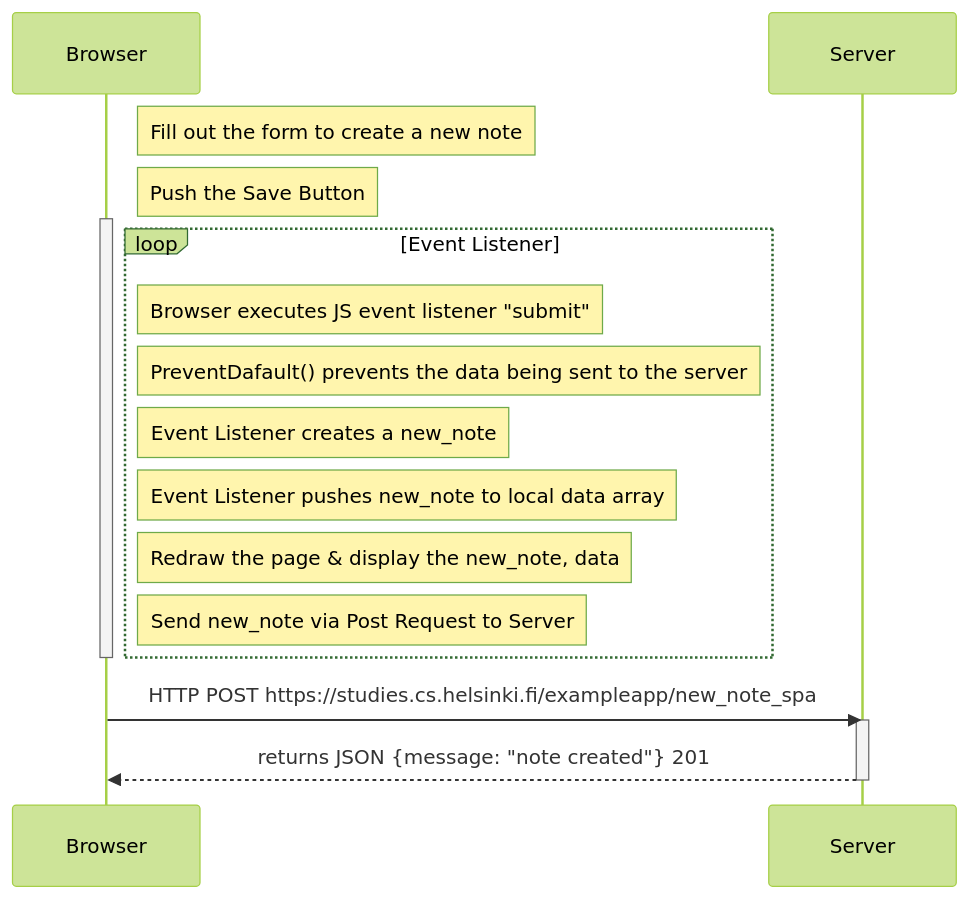
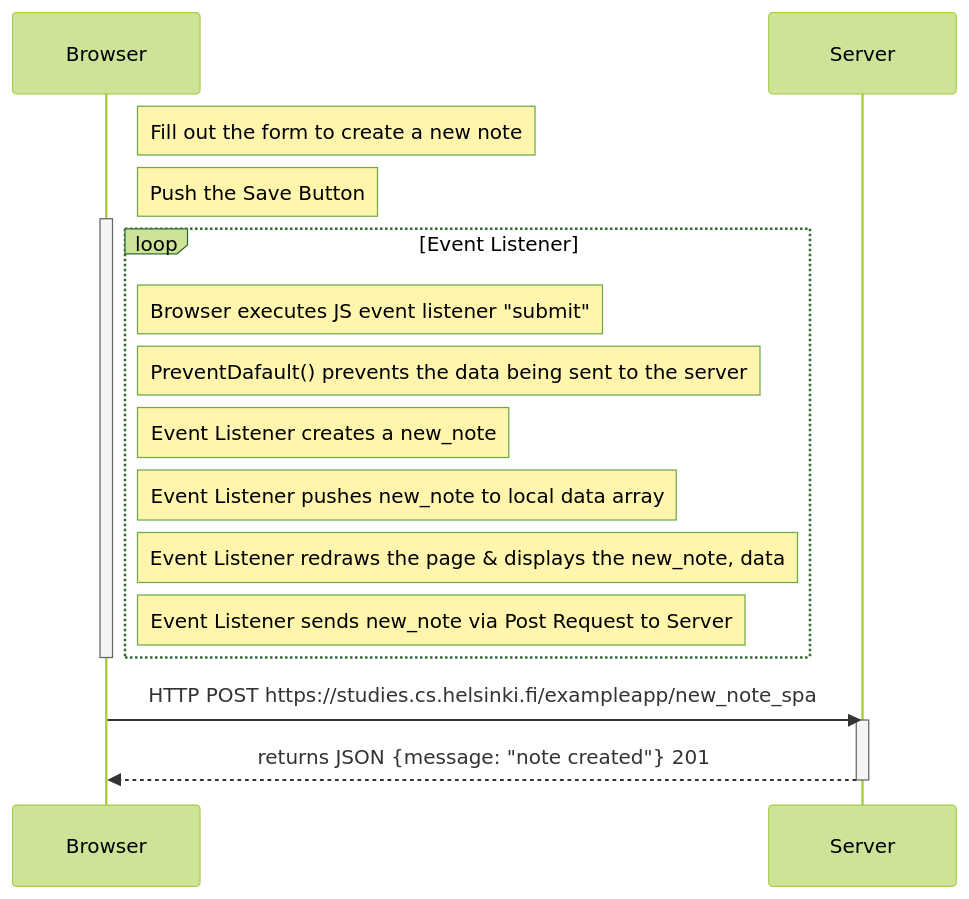
One commit to cmfredricksen/full-stack-open-exercises changed the second of 2 diagrams in part-0/exercise0-SPA.md. Above: the diagram before and after it, drawn with Mermaid (forest theme).

Commit message:
Fixed notation

````diff
--- a/part-0/exercise0-SPA.md
+++ b/part-0/exercise0-SPA.md
@@ -42,25 +42,25 @@
 ```mermaid
 sequenceDiagram
     participant b as Browser
     participant s as Server
 
     Note right of b: Fill out the form to create a new note
     note right of b: Push the Save Button
 
     activate b
     loop Event Listener
     Note right of b: Browser executes JS event listener "submit"
     Note right of b: PreventDafault() prevents the data being sent to the server
     Note right of b: Event Listener creates a new_note
     Note right of b: Event Listener pushes new_note to local data array
 
-    Note right of b: Redraw the page & display the new_note, data
-    Note right of b: Send new_note via Post Request to Server
+    Note right of b: Event Listener redraws the page & displays the new_note, data
+    Note right of b: Event Listener sends new_note via Post Request to Server
     end
     deactivate b
     b->>s: HTTP POST https://studies.cs.helsinki.fi/exampleapp/new_note_spa
     activate s
     s-->>b: returns JSON {message: "note created"} 201
     deactivate s
 
 ```
````
